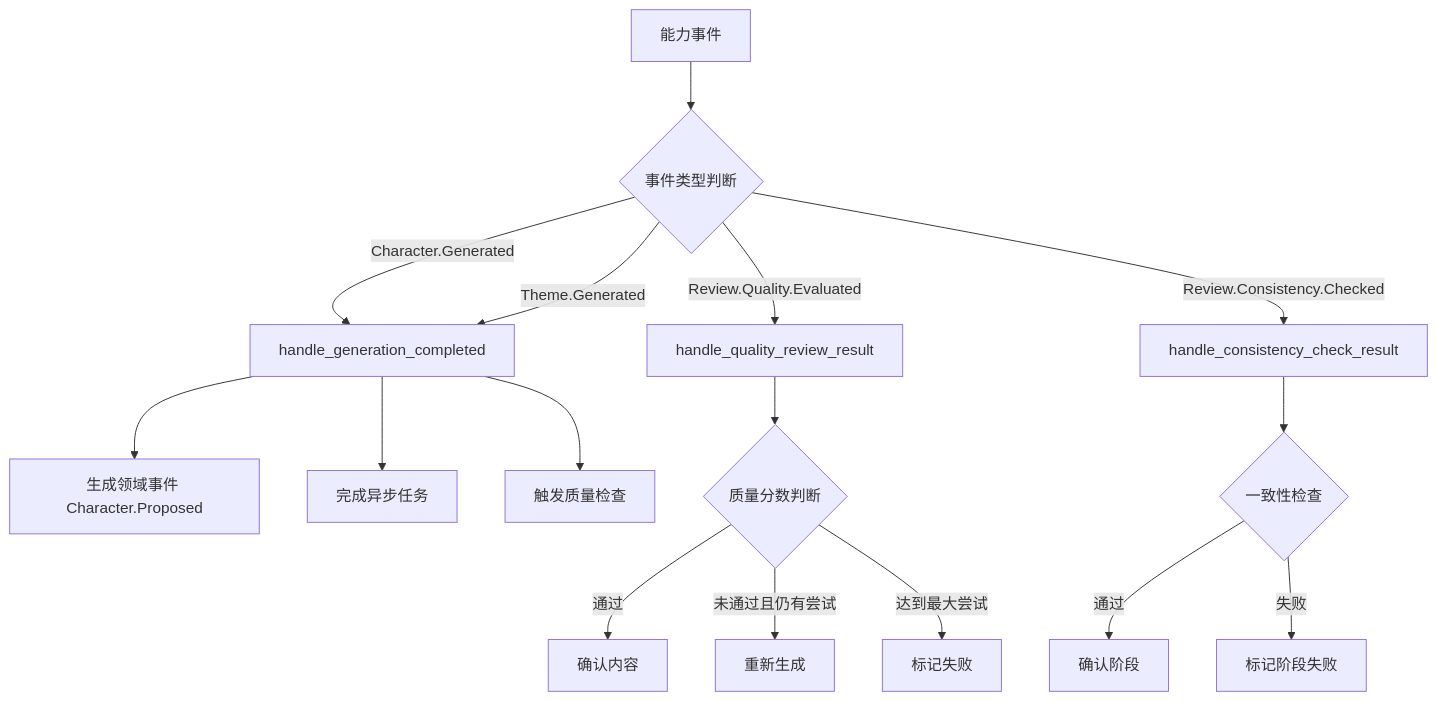
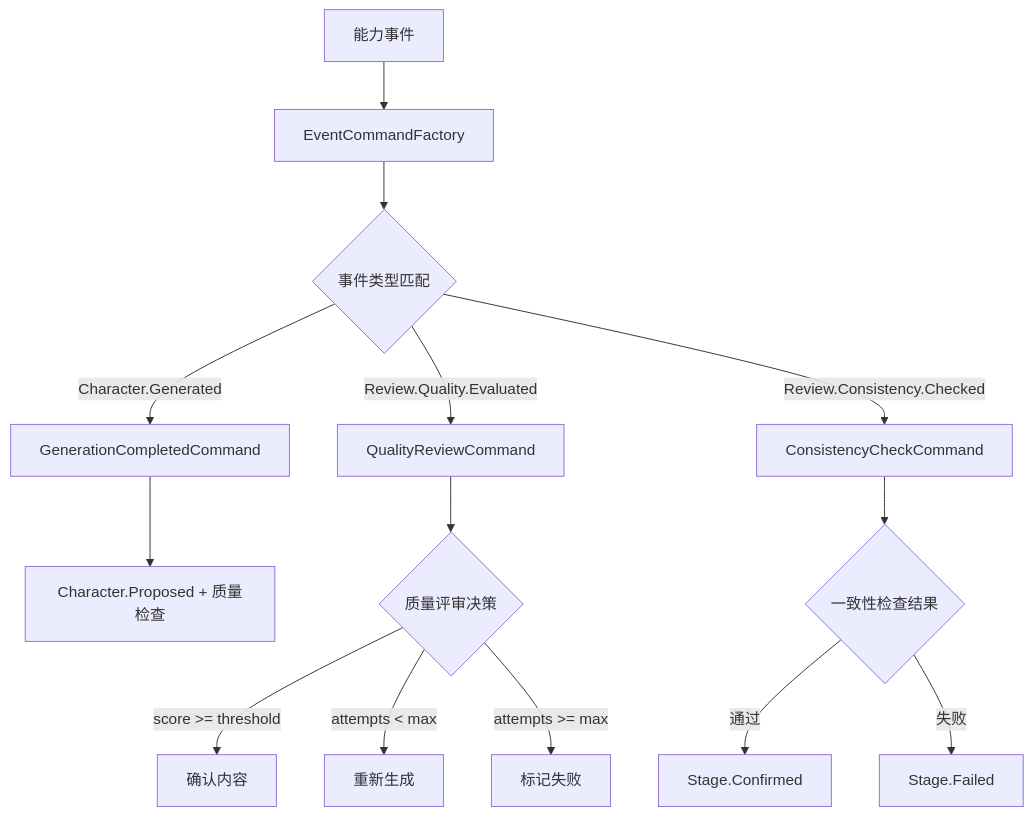
Diagram 16 of 28 in apps/backend/src/agents/orchestrator/README.md (zhiyue/infinite-scribe), drawn with Mermaid before and after one commit. The commit also changed other lines of this file and 7 other files, not shown here.

First line of the commit message:
refactor: Implement command pattern for capability event handling

````diff
--- a/apps/backend/src/agents/orchestrator/README.md
+++ b/apps/backend/src/agents/orchestrator/README.md
@@ -565,22 +633,20 @@
 ```mermaid
 graph TD
-    A[能力事件] --> B{事件类型判断}
-    
-    B -->|Character.Generated| C[handle_generation_completed]
-    B -->|Theme.Generated| C
-    B -->|Review.Quality.Evaluated| D[handle_quality_review_result]
-    B -->|Review.Consistency.Checked| E[handle_consistency_check_result]
-    
-    C --> F[生成领域事件 Character.Proposed]
-    C --> G[完成异步任务]
-    C --> H[触发质量检查]
-    
-    D --> I{质量分数判断}
-    I -->|通过| J[确认内容]
-    I -->|未通过且仍有尝试| K[重新生成]
-    I -->|达到最大尝试| L[标记失败]
-    
-    E --> M{一致性检查}
-    M -->|通过| N[确认阶段]
-    M -->|失败| O[标记阶段失败]
+    A[能力事件] --> B[EventCommandFactory]
+    B --> C{事件类型匹配}
+
+    C -->|Character.Generated| D[GenerationCompletedCommand]
+    C -->|Review.Quality.Evaluated| E[QualityReviewCommand]
+    C -->|Review.Consistency.Checked| F[ConsistencyCheckCommand]
+
+    D --> G[Character.Proposed + 质量检查]
+    E --> H{质量评审决策}
+    F --> I{一致性检查结果}
+
+    H -->|score >= threshold| J[确认内容]
+    H -->|attempts < max| K[重新生成]
+    H -->|attempts >= max| L[标记失败]
+
+    I -->|通过| M[Stage.Confirmed]
+    I -->|失败| N[Stage.Failed]
 ```
````
